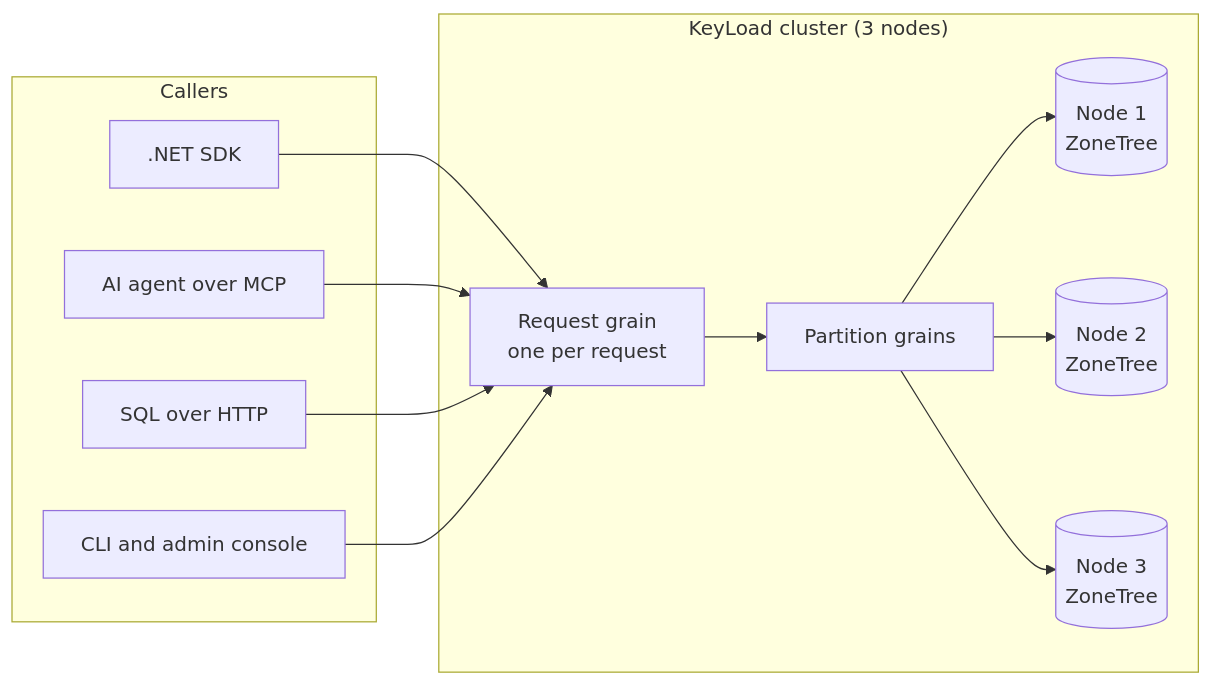
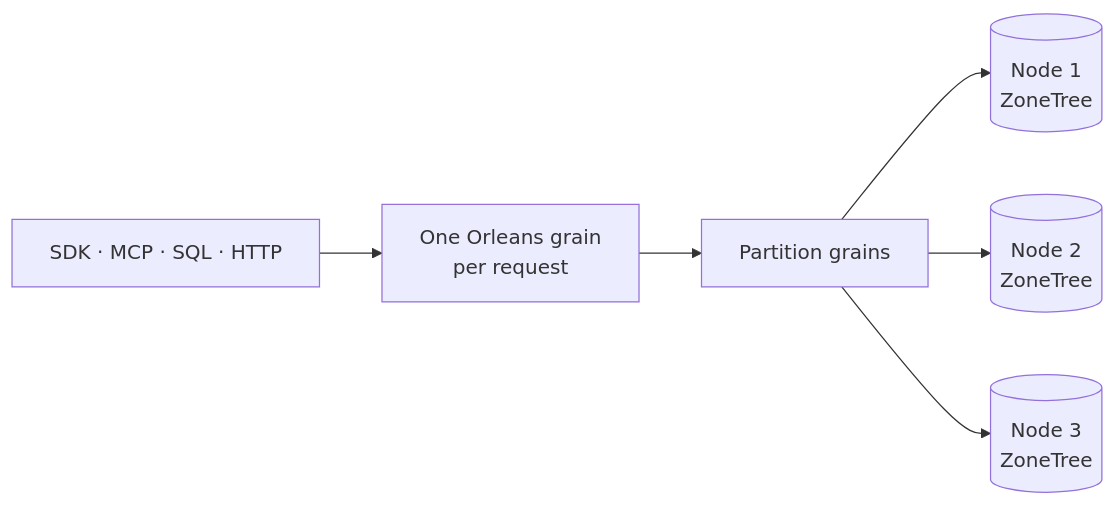
The third of 3 diagrams in README.md (managedcode/KeyLoad), drawn with Mermaid before and after one commit. The commit also changed other lines of this file and 343 other files, not shown here.

First line of the commit message:
Complete native restore, ANN wait and feed operation flows

````diff
--- a/README.md
+++ b/README.md
@@ -128,24 +158,8 @@
 ```mermaid
 flowchart LR
-    subgraph Callers
-        SDK[".NET SDK"]
-        MCP["AI agent over MCP"]
-        SQL["SQL over HTTP"]
-        CLI["CLI and admin console"]
-    end
-    subgraph Cluster["KeyLoad cluster (3 nodes)"]
-        REQ["Request grain<br/>one per request"]
-        PART["Partition grains"]
-        N1[("Node 1<br/>ZoneTree")]
-        N2[("Node 2<br/>ZoneTree")]
-        N3[("Node 3<br/>ZoneTree")]
-    end
-    SDK --> REQ
-    MCP --> REQ
-    SQL --> REQ
-    CLI --> REQ
-    REQ --> PART
-    PART --> N1
-    PART --> N2
-    PART --> N3
+    Callers["SDK · MCP · SQL · HTTP"] --> Request["One Orleans grain<br/>per request"]
+    Request --> Partition["Partition grains"]
+    Partition --> N1[("Node 1<br/>ZoneTree")]
+    Partition --> N2[("Node 2<br/>ZoneTree")]
+    Partition --> N3[("Node 3<br/>ZoneTree")]
 ```
````
